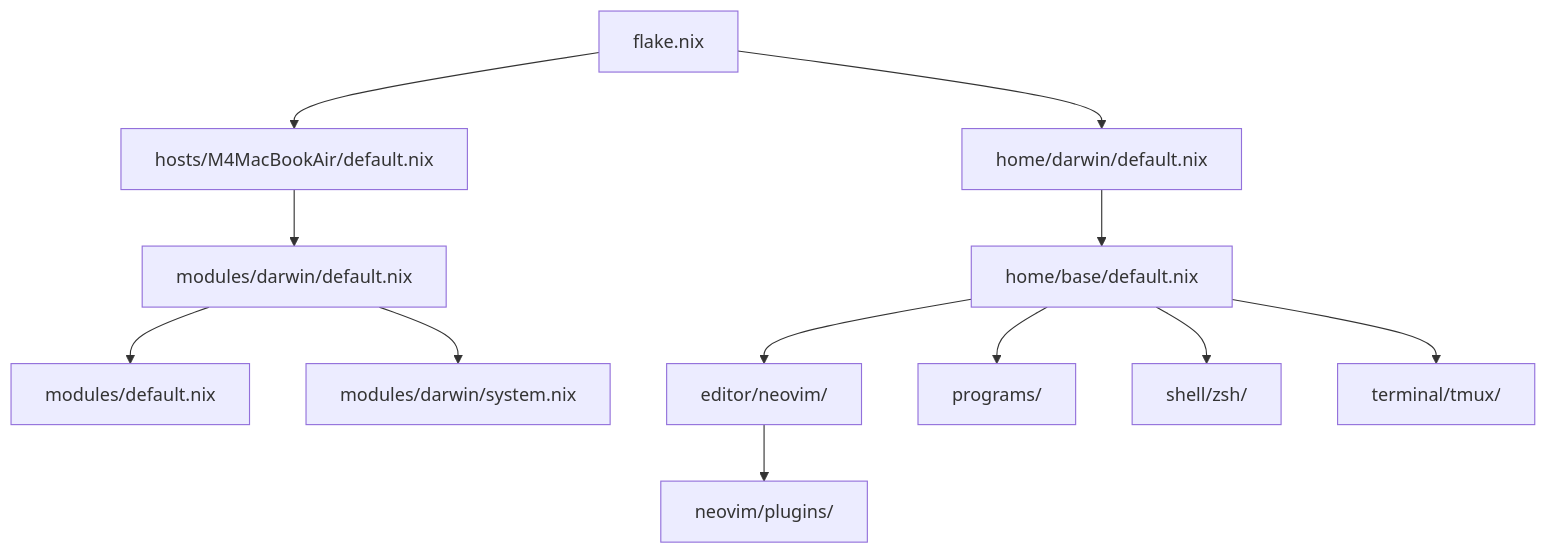
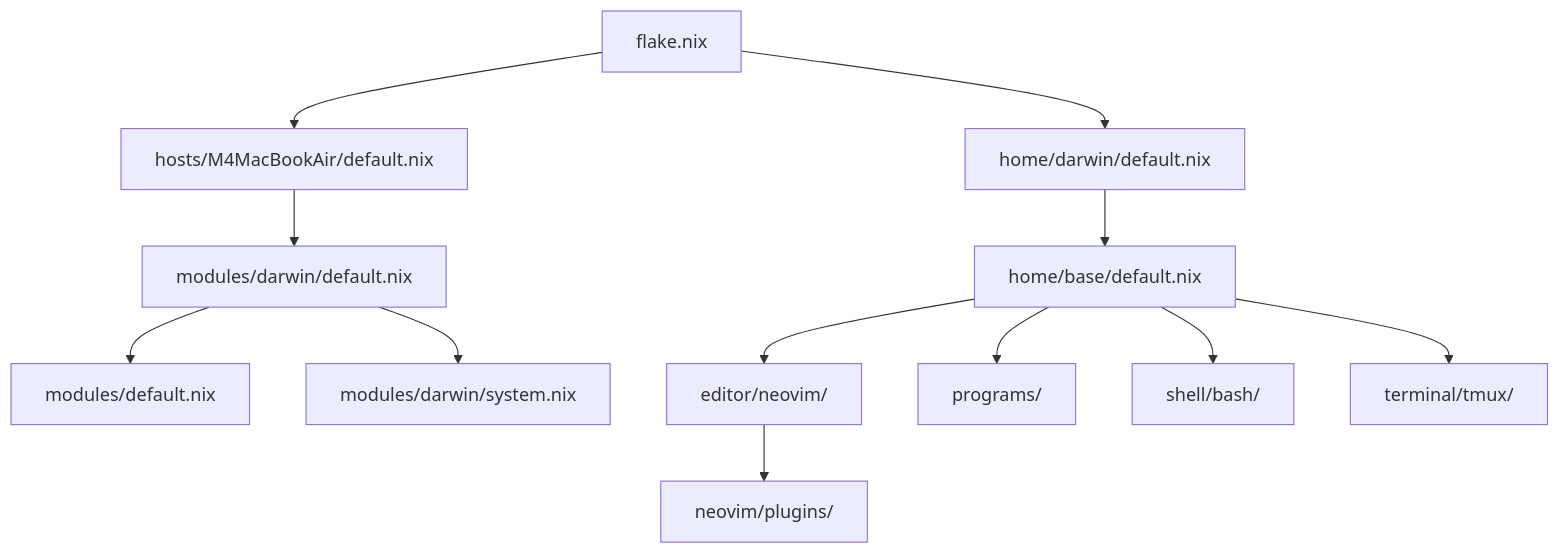
Before and after one commit to pranc1ngpegasus/dotfiles: the diagram in docs/architecture.md, drawn with Mermaid. The commit also changed other lines of this file, not shown here.

First line of the commit message:
docs: update architecture notes for bash + fzf migration

````diff
--- a/docs/architecture.md
+++ b/docs/architecture.md
@@ -5,14 +5,14 @@
 ```mermaid
 graph TD
     A[flake.nix] --> B[hosts/M4MacBookAir/default.nix]
     B --> C[modules/darwin/default.nix]
     C --> D[modules/default.nix]
     C --> E[modules/darwin/system.nix]
     A --> F[home/darwin/default.nix]
     F --> G[home/base/default.nix]
     G --> H[editor/neovim/]
     H --> L[neovim/plugins/]
     G --> I[programs/]
-    G --> J[shell/zsh/]
+    G --> J[shell/bash/]
     G --> K[terminal/tmux/]
 ```
````
